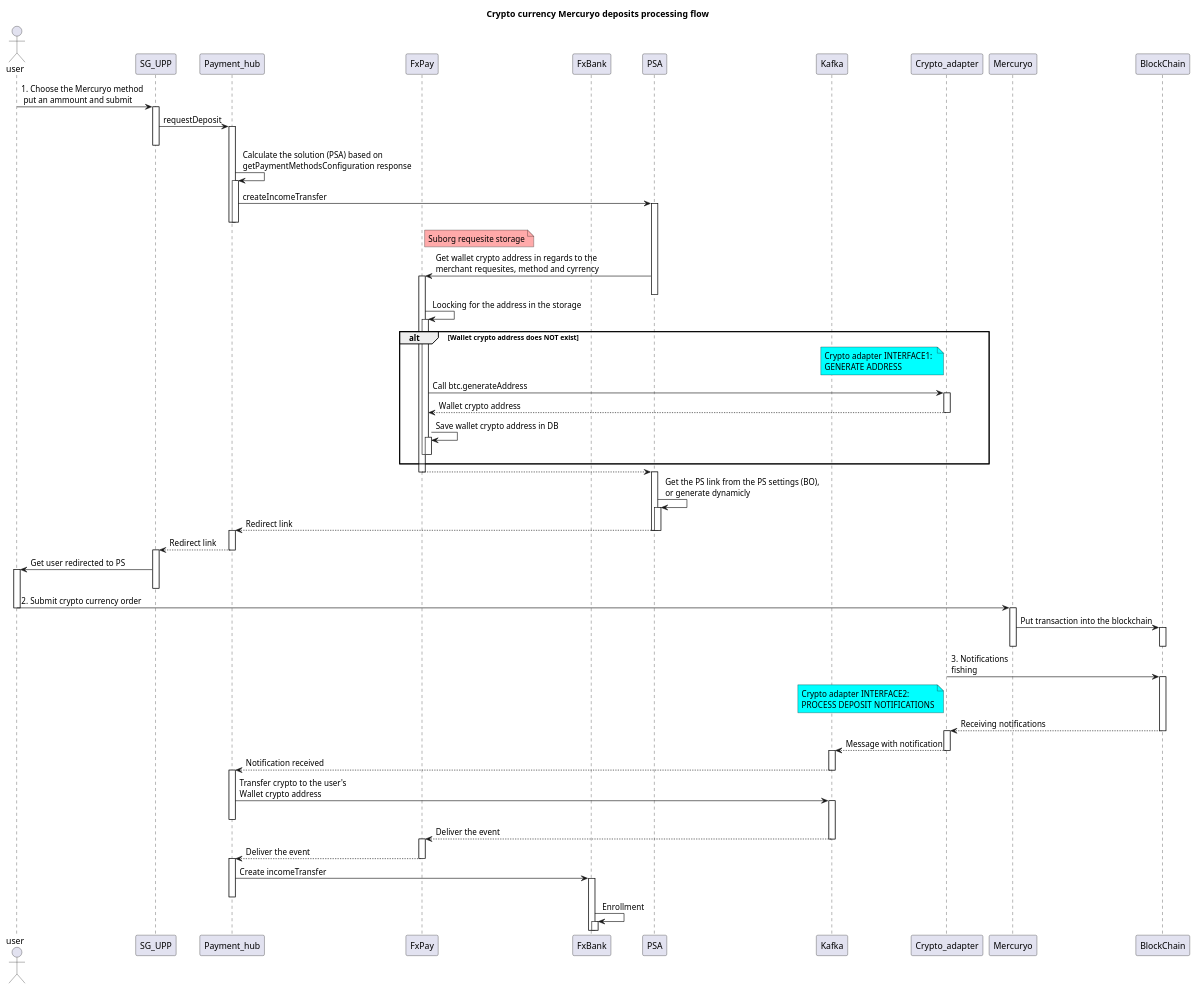
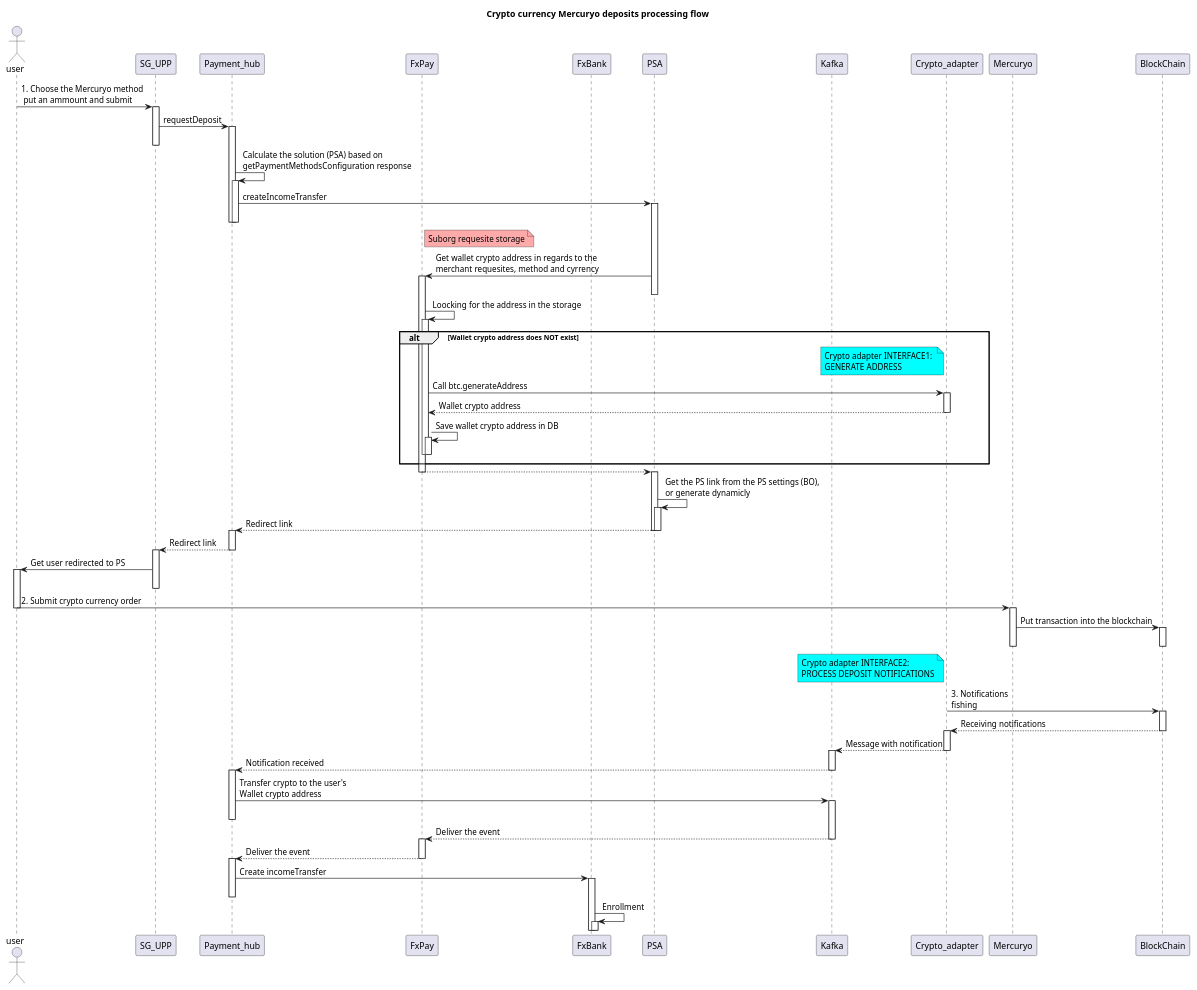
The diagram in UML practice/docs/diagrams/src/OMEGA-17 Bits of Gold payment verification/BoG-sequence.wsd (milovdg/UMLPractice), drawn with PlantUML before and after one commit. The commit also changed other lines of this file, not shown here.

```diff
--- a/UML practice/docs/diagrams/src/OMEGA-17 Bits of Gold payment verification/BoG-sequence.wsd
+++ b/UML practice/docs/diagrams/src/OMEGA-17 Bits of Gold payment verification/BoG-sequence.wsd
@@ -1,80 +1,80 @@
 @startuml
 
 title Crypto currency Mercuryo deposits processing flow 
 
 actor user
 participant SG_UPP
 participant Payment_hub
 participant FxPay
 participant FxBank
 participant PSA
 participant Kafka
 participant Crypto_adapter
 participant Mercuryo
 participant BlockChain
 
 user -> SG_UPP ++: 1. Choose the Mercuryo method \n put an ammount and submit
 SG_UPP -> Payment_hub ++: requestDeposit
 deactivate SG_UPP
 Payment_hub -> Payment_hub ++: Calculate the solution (PSA) based on \ngetPaymentMethodsConfiguration response
 Payment_hub -> PSA ++: createIncomeTransfer
 deactivate Payment_hub
 deactivate Payment_hub
 note right of FxPay #FFAAAA: Suborg requesite storage
 PSA -> FxPay ++: Get wallet crypto address in regards to the \nmerchant requesites, method and cyrrency
 deactivate PSA
 FxPay -> FxPay ++: Loocking for the address in the storage
 
 alt Wallet crypto address does NOT exist
     note left of Crypto_adapter #Aqua : Crypto adapter INTERFACE1: \nGENERATE ADDRESS
     FxPay -> Crypto_adapter ++: Call btc.generateAddress
     FxPay <-- Crypto_adapter --: Wallet crypto address
     FxPay -> FxPay ++: Save wallet crypto address in DB
     
     deactivate FxPay
     deactivate FxPay
 end
 FxPay --> PSA
 deactivate FxPay
 
 activate PSA
 PSA -> PSA ++: Get the PS link from the PS settings (BO), \nor generate dynamicly  
 
 PSA --> Payment_hub --: Redirect link
 activate Payment_hub
 deactivate PSA
 Payment_hub --> SG_UPP --: Redirect link
 
 activate SG_UPP
 user <- SG_UPP ++: Get user redirected to PS 
 deactivate SG_UPP
 
 user -> Mercuryo --: 2. Submit crypto currency order
 activate Mercuryo
 Mercuryo -> BlockChain ++: Put transaction into the blockchain
 deactivate Mercuryo
 deactivate BlockChain
+note left of Crypto_adapter #Aqua : Crypto adapter INTERFACE2: \nPROCESS DEPOSIT NOTIFICATIONS
 Crypto_adapter -> BlockChain ++: 3. Notifications \nfishing
-note left of Crypto_adapter #Aqua : Crypto adapter INTERFACE2: \nPROCESS DEPOSIT NOTIFICATIONS
 
 Crypto_adapter <-- BlockChain --: Receiving notifications
 activate Crypto_adapter
 deactivate BlockChain
 Crypto_adapter --> Kafka --: Message with notification
 activate Kafka
 Kafka --> Payment_hub --: Notification received
 activate Payment_hub
 Payment_hub -> Kafka ++: Transfer crypto to the user's \nWallet crypto address
 deactivate Payment_hub
 
 Kafka --> FxPay --: Deliver the event
 activate FxPay
 FxPay --> Payment_hub  --: Deliver the event
 activate Payment_hub
 Payment_hub -> FxBank ++: Create incomeTransfer
 deactivate Payment_hub
 FxBank -> FxBank ++: Enrollment
 
 
 
 @enduml
```
